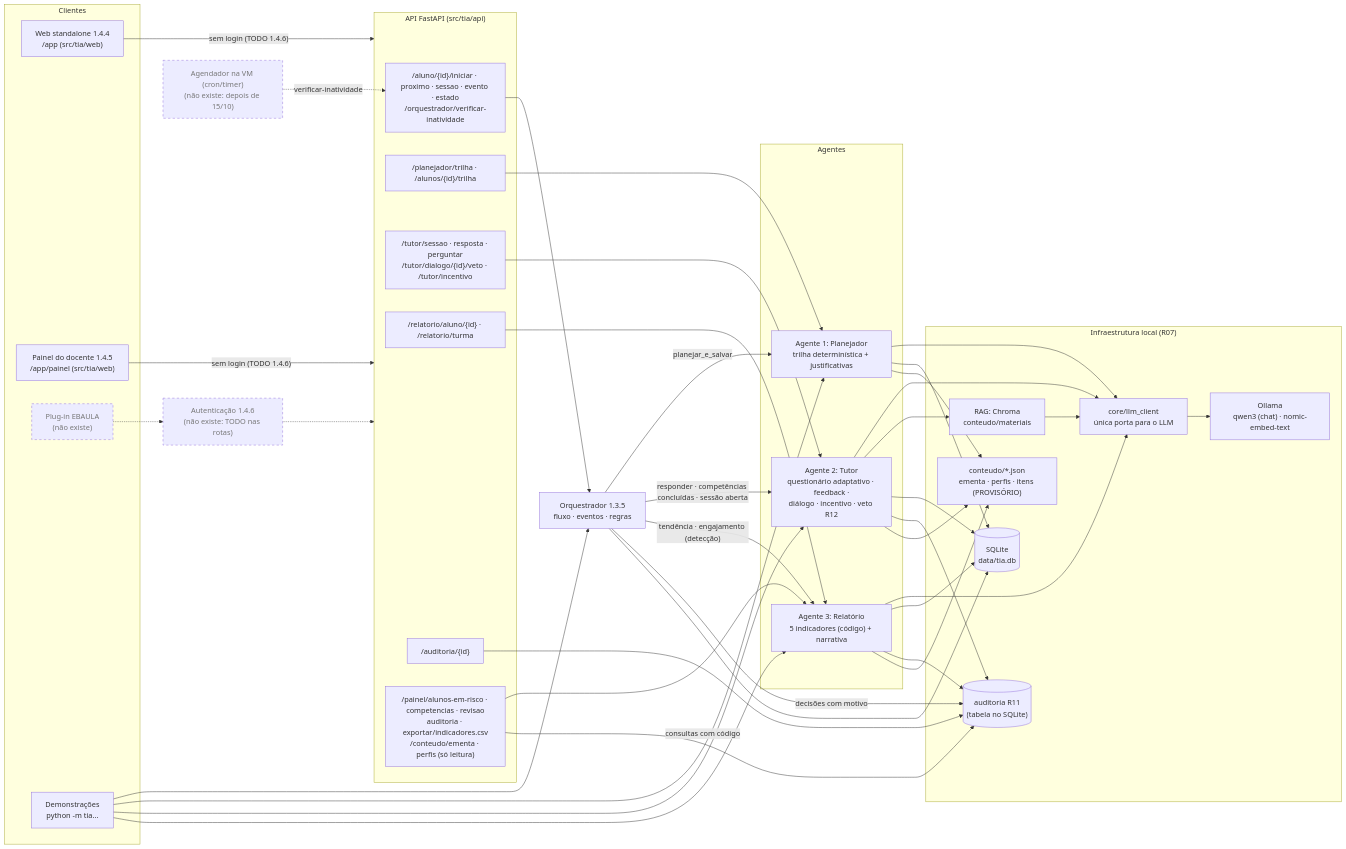
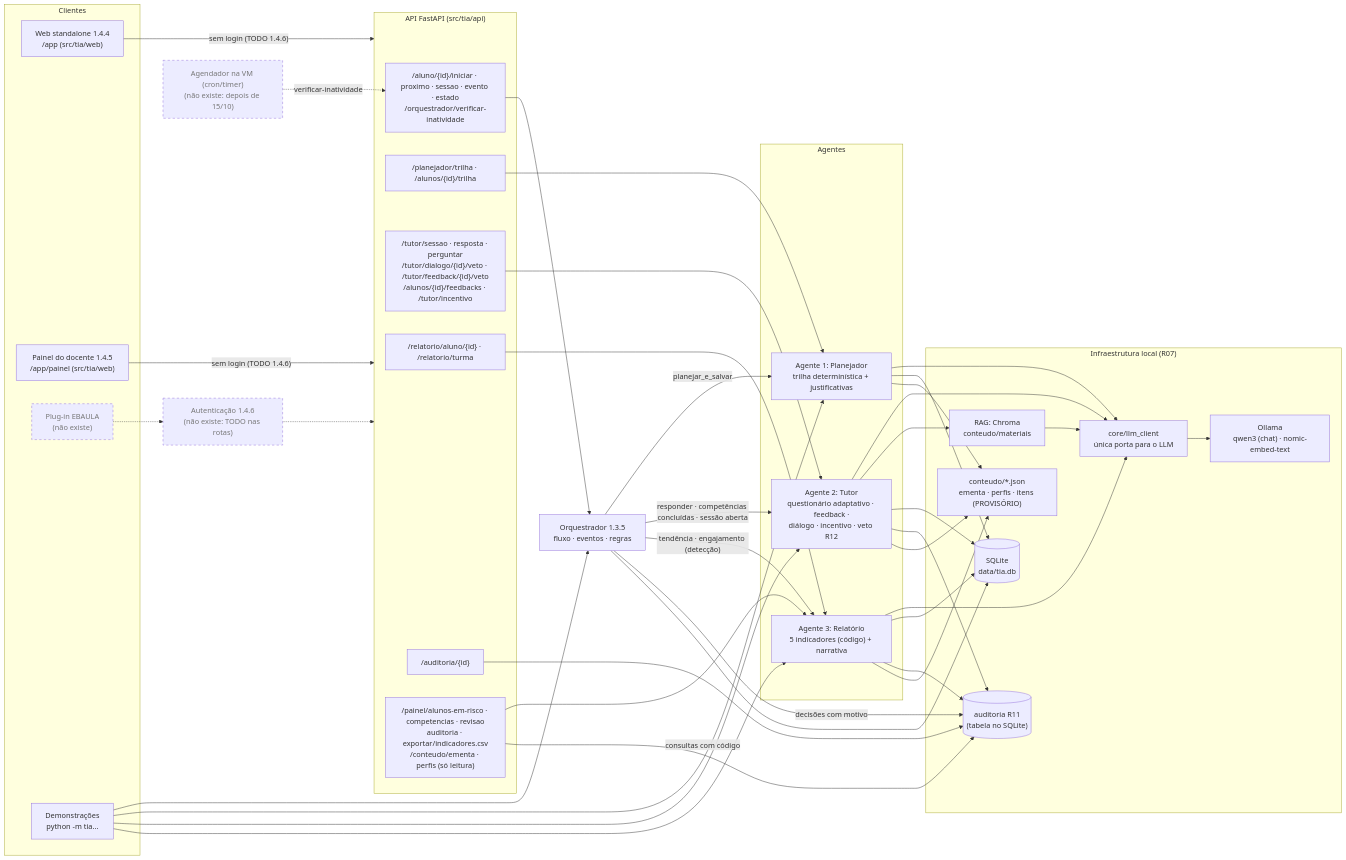
One commit to AdrianoPortes403/tia-projeto changed the first of 2 diagrams in docs/arquitetura/arquitetura.md. Above: the diagram before and after it, drawn with Mermaid. The commit also changed other lines of this file and 28 other files, not shown here.

Commit message:
feat: feedback das questões gravado e revisável com veto docente; amostra de avaliação e protocolo; R3 não incentiva quem concluiu

````diff
--- a/docs/arquitetura/arquitetura.md
+++ b/docs/arquitetura/arquitetura.md
@@ -11,67 +11,67 @@
 ```mermaid
 flowchart LR
     subgraph Clientes
         WEB["Web standalone 1.4.4<br/>/app (src/tia/web)"]
         DASH["Painel do docente 1.4.5<br/>/app/painel (src/tia/web)"]
         EBA["Plug-in EBAULA<br/>(não existe)"]:::futuro
         CLI["Demonstrações<br/>python -m tia..."]
     end
 
     AUTH["Autenticação 1.4.6<br/>(não existe: TODO nas rotas)"]:::futuro
     CRON["Agendador na VM (cron/timer)<br/>(não existe: depois de 15/10)"]:::futuro
 
     subgraph API["API FastAPI (src/tia/api)"]
         RORQ["/aluno/{id}/iniciar · proximo · sessao · evento · estado<br/>/orquestrador/verificar-inatividade"]
         RPLAN["/planejador/trilha · /alunos/{id}/trilha"]
-        RTUT["/tutor/sessao · resposta · perguntar<br/>/tutor/dialogo/{id}/veto · /tutor/incentivo"]
+        RTUT["/tutor/sessao · resposta · perguntar<br/>/tutor/dialogo/{id}/veto · /tutor/feedback/{id}/veto<br/>/alunos/{id}/feedbacks · /tutor/incentivo"]
         RREL["/relatorio/aluno/{id} · /relatorio/turma"]
         RAUD["/auditoria/{id}"]
         RPAI["/painel/alunos-em-risco · competencias · revisao<br/>auditoria · exportar/indicadores.csv<br/>/conteudo/ementa · perfis (só leitura)"]
     end
 
     ORQ["Orquestrador 1.3.5<br/>fluxo · eventos · regras"]
 
     subgraph Agentes
         A1["Agente 1: Planejador<br/>trilha determinística + justificativas"]
         A2["Agente 2: Tutor<br/>questionário adaptativo · feedback ·<br/>diálogo · incentivo · veto R12"]
         A3["Agente 3: Relatório<br/>5 indicadores (código) + narrativa"]
     end
 
     subgraph Infra["Infraestrutura local (R07)"]
         LLM["core/llm_client<br/>única porta para o LLM"]
         OLL["Ollama<br/>qwen3 (chat) · nomic-embed-text"]
         RAG["RAG: Chroma<br/>conteudo/materiais"]
         DB[("SQLite<br/>data/tia.db")]
         AUD[("auditoria R11<br/>(tabela no SQLite)")]
         CONT["conteudo/*.json<br/>ementa · perfis · itens (PROVISÓRIO)"]
     end
 
     WEB & DASH -->|"sem login (TODO 1.4.6)"| API
     EBA -.-> AUTH -.-> API
     CRON -.->|"verificar-inatividade"| RORQ
     CLI --> ORQ & A1 & A2 & A3
     RORQ --> ORQ
     RPLAN --> A1
     RTUT --> A2
     RREL --> A3
     RAUD --> AUD
     RPAI --> A3
     RPAI -->|"consultas com código"| AUD
 
     ORQ -->|"planejar_e_salvar"| A1
     ORQ -->|"responder · competências concluídas · sessão aberta"| A2
     ORQ -->|"tendência · engajamento (detecção)"| A3
     ORQ -->|"decisões com motivo"| AUD
 
     A1 --> LLM
     A2 --> LLM
     A3 --> LLM
     A2 --> RAG
     RAG --> LLM
     LLM --> OLL
     A1 & A2 & A3 & ORQ --> DB
     A2 & A3 --> AUD
     A1 & A2 & A3 --> CONT
 
     classDef futuro stroke-dasharray: 5 5,color:#777
 ```
````
